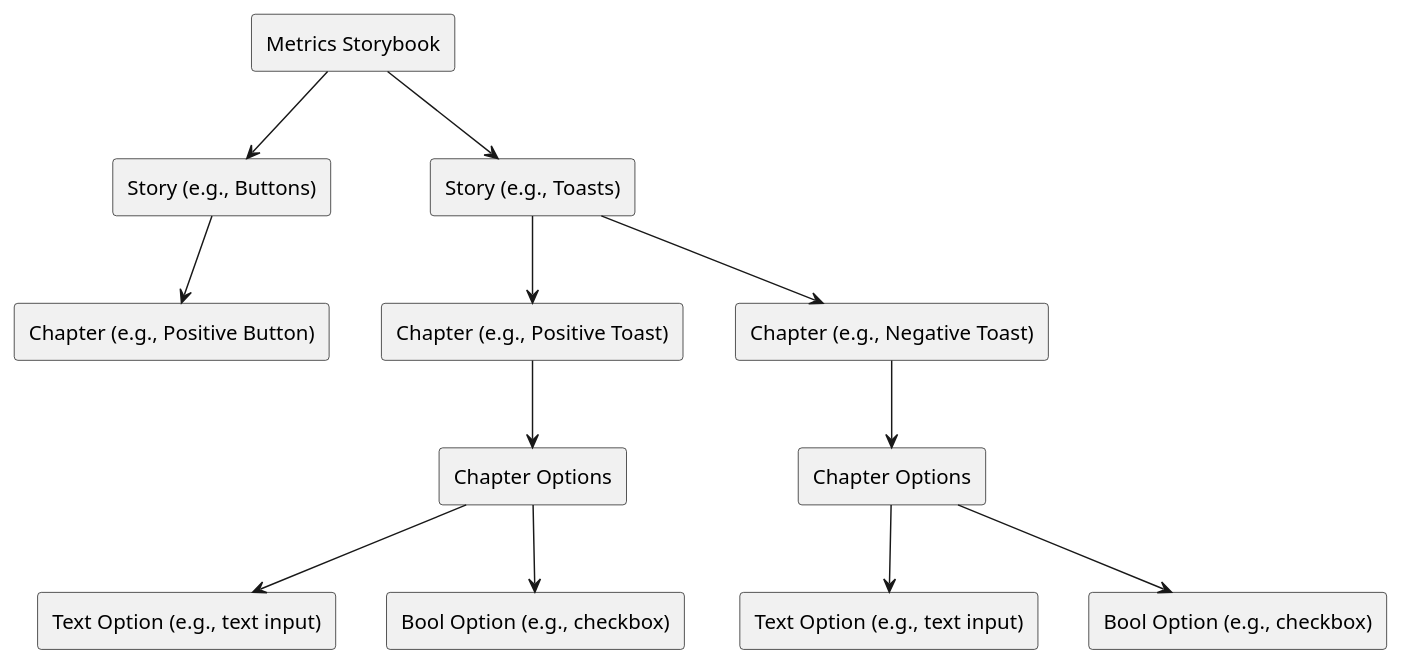
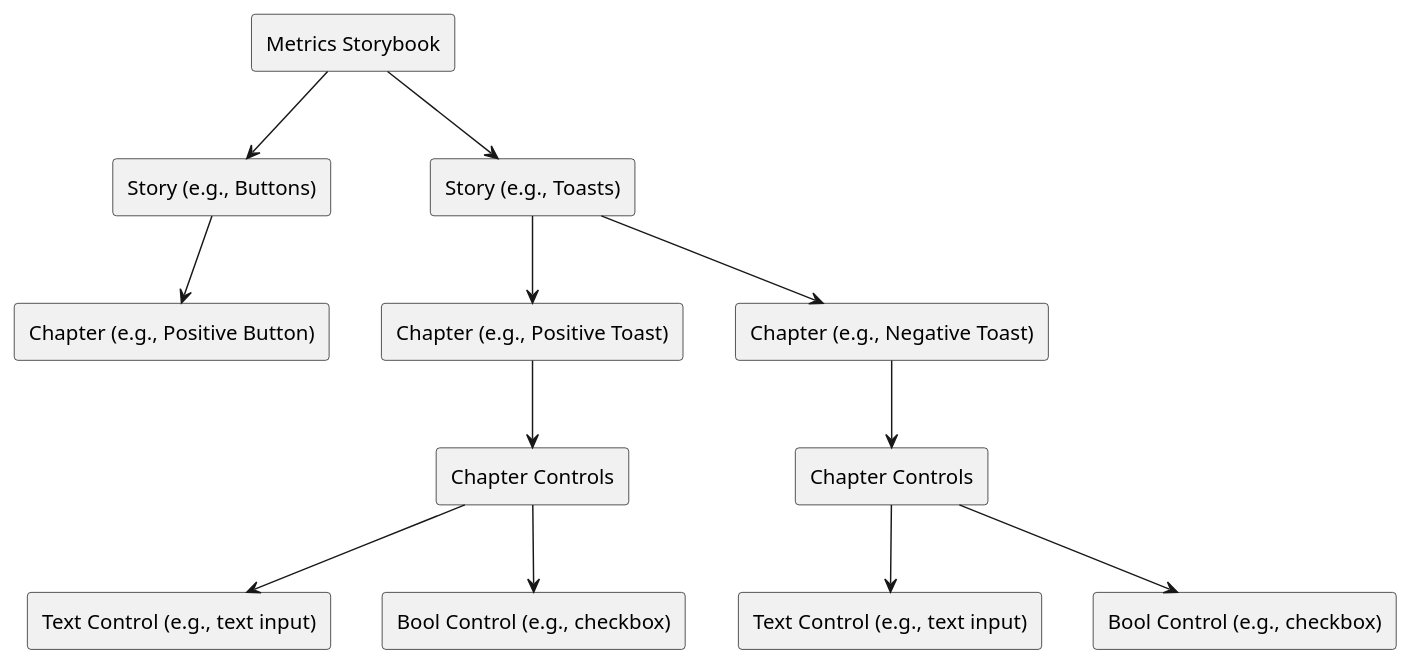
One commit to Flank/flank-dashboard changed the diagram in metrics/web/docs/features/storybook/diagrams/metrics_storybook_architecture_components_diagram.puml. Above: the diagram before and after it, drawn with PlantUML. The commit also changed 4 other files, not shown here.

Commit message:
Update chapter and chapter controls methods and namings

```diff
--- a/metrics/web/docs/features/storybook/diagrams/metrics_storybook_architecture_components_diagram.puml
+++ b/metrics/web/docs/features/storybook/diagrams/metrics_storybook_architecture_components_diagram.puml
@@ -1,35 +1,35 @@
 @startuml metrics_storybook_architecture_components_diagram
 
 skinparam componentStyle rectangle
 
 component "Metrics Storybook" as MS
 
 component "Story (e.g., Buttons)" as ButtonsStory
 component "Chapter (e.g., Positive Button)" as PositiveButtonChapter
 
 component "Story (e.g., Toasts)" as ToastsStory
 component "Chapter (e.g., Positive Toast)" as PositiveToastChapter
-component "Chapter Options" as PositiveToastChapterOptions
-component "Text Option (e.g., text input)" as FirstPositiveToastChapterTextOption
-component "Bool Option (e.g., checkbox)" as SecondPositiveToastChapterBoolOption
+component "Chapter Controls" as PositiveToastChapterControls
+component "Text Control (e.g., text input)" as FirstPositiveToastChapterTextControl
+component "Bool Control (e.g., checkbox)" as SecondPositiveToastChapterBoolControl
 component "Chapter (e.g., Negative Toast)" as NegativeToastChapter
-component "Chapter Options" as NegativeToastChapterOptions
-component "Text Option (e.g., text input)" as FirstNegativeToastChapterTextOption
-component "Bool Option (e.g., checkbox)" as SecondNegativeToastChapterBoolOption
+component "Chapter Controls" as NegativeToastChapterControls
+component "Text Control (e.g., text input)" as FirstNegativeToastChapterTextControl
+component "Bool Control (e.g., checkbox)" as SecondNegativeToastChapterBoolControl
 
 MS -down-> ButtonsStory
 MS -down-> ToastsStory
 
 ButtonsStory -down-> PositiveButtonChapter
 
 ToastsStory -down-> PositiveToastChapter
-PositiveToastChapter -down-> PositiveToastChapterOptions
-PositiveToastChapterOptions -down-> FirstPositiveToastChapterTextOption
-PositiveToastChapterOptions -down-> SecondPositiveToastChapterBoolOption
+PositiveToastChapter -down-> PositiveToastChapterControls
+PositiveToastChapterControls -down-> FirstPositiveToastChapterTextControl
+PositiveToastChapterControls -down-> SecondPositiveToastChapterBoolControl
 
 ToastsStory -down-> NegativeToastChapter
-NegativeToastChapter -down-> NegativeToastChapterOptions
-NegativeToastChapterOptions -down-> FirstNegativeToastChapterTextOption
-NegativeToastChapterOptions -down-> SecondNegativeToastChapterBoolOption
+NegativeToastChapter -down-> NegativeToastChapterControls
+NegativeToastChapterControls -down-> FirstNegativeToastChapterTextControl
+NegativeToastChapterControls -down-> SecondNegativeToastChapterBoolControl
 
 @enduml
```
